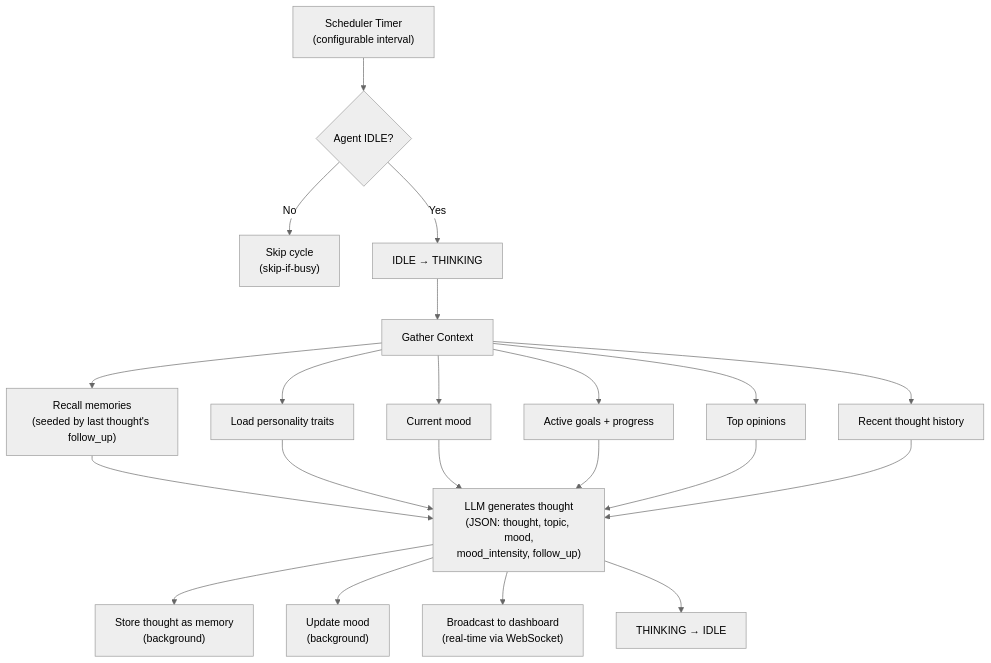
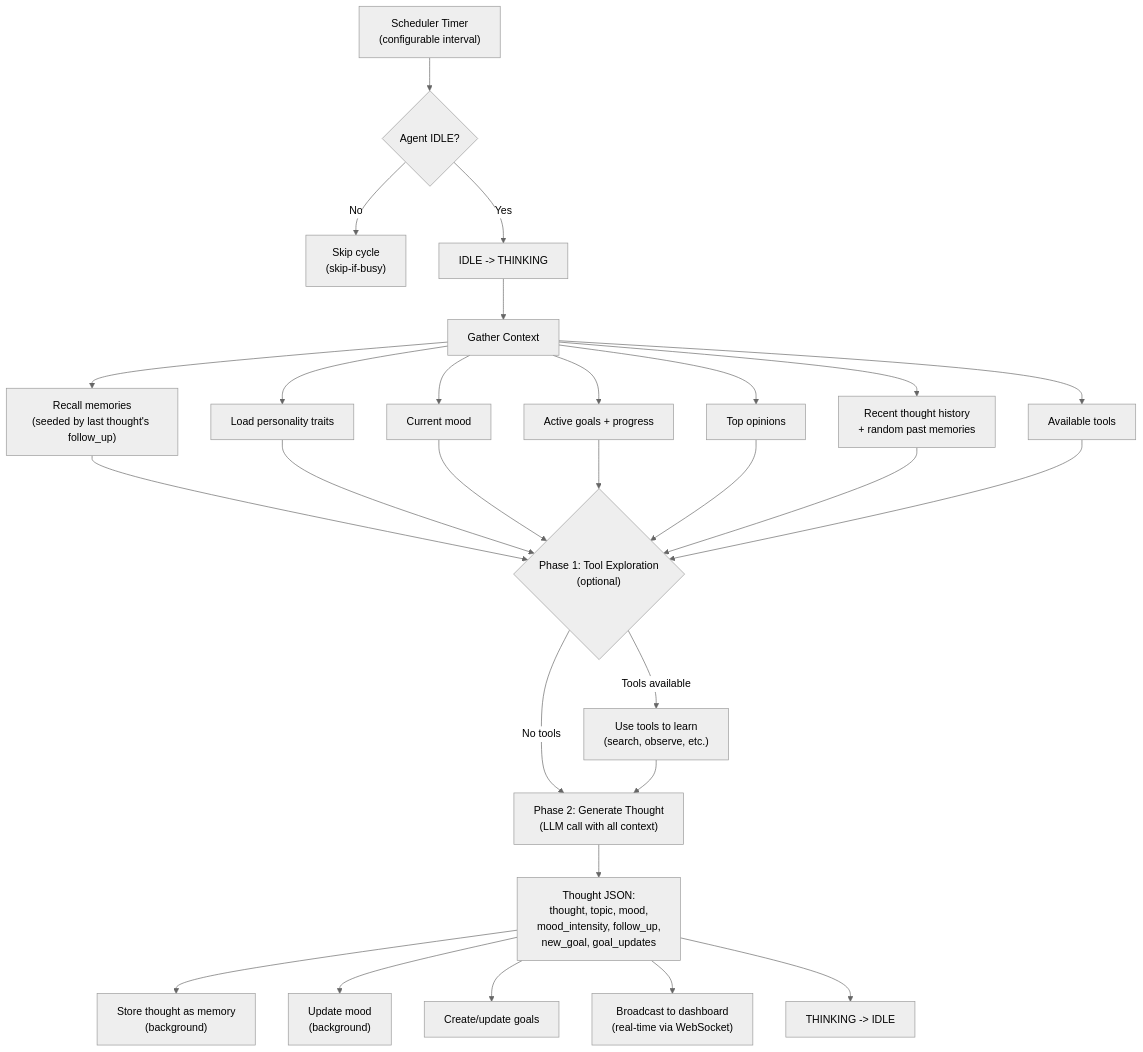
The fifth of 5 diagrams in README.md (rayen-faleh/clide), drawn with Mermaid (neutral theme) before and after one commit. The commit also changed other lines of this file, not shown here.

````diff
--- a/README.md
+++ b/README.md
@@ -239,22 +587,31 @@
 ```mermaid
 flowchart TB
     Timer["Scheduler Timer<br/>(configurable interval)"] --> Check{"Agent IDLE?"}
     Check -->|No| Skip["Skip cycle<br/>(skip-if-busy)"]
-    Check -->|Yes| Transition["IDLE → THINKING"]
+    Check -->|Yes| Transition["IDLE -> THINKING"]
 
     Transition --> Gather["Gather Context"]
 
     Gather --> Memories["Recall memories<br/>(seeded by last thought's follow_up)"]
     Gather --> Personality["Load personality traits"]
     Gather --> MoodCtx["Current mood"]
     Gather --> Goals["Active goals + progress"]
     Gather --> OpinionsCtx["Top opinions"]
-    Gather --> History["Recent thought history"]
+    Gather --> History["Recent thought history<br/>+ random past memories"]
+    Gather --> ToolsCtx["Available tools"]
 
-    Memories & Personality & MoodCtx & Goals & OpinionsCtx & History --> LLM["LLM generates thought<br/>(JSON: thought, topic, mood,<br/>mood_intensity, follow_up)"]
+    Memories & Personality & MoodCtx & Goals & OpinionsCtx & History & ToolsCtx --> Phase1{"Phase 1: Tool Exploration<br/>(optional)"}
 
-    LLM --> Store["Store thought as memory<br/>(background)"]
-    LLM --> UpdateMood["Update mood<br/>(background)"]
-    LLM --> Broadcast["Broadcast to dashboard<br/>(real-time via WebSocket)"]
-    LLM --> Back["THINKING → IDLE"]
+    Phase1 -->|Tools available| Explore["Use tools to learn<br/>(search, observe, etc.)"]
+    Phase1 -->|No tools| Phase2
+
+    Explore --> Phase2["Phase 2: Generate Thought<br/>(LLM call with all context)"]
+
+    Phase2 --> Thought["Thought JSON:<br/>thought, topic, mood,<br/>mood_intensity, follow_up,<br/>new_goal, goal_updates"]
+
+    Thought --> Store["Store thought as memory<br/>(background)"]
+    Thought --> UpdateMood["Update mood<br/>(background)"]
+    Thought --> ProcessGoals["Create/update goals"]
+    Thought --> Broadcast["Broadcast to dashboard<br/>(real-time via WebSocket)"]
+    Thought --> Back["THINKING -> IDLE"]
 ```
````
